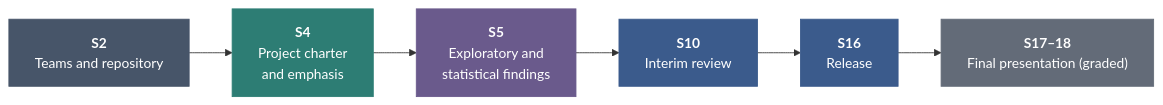
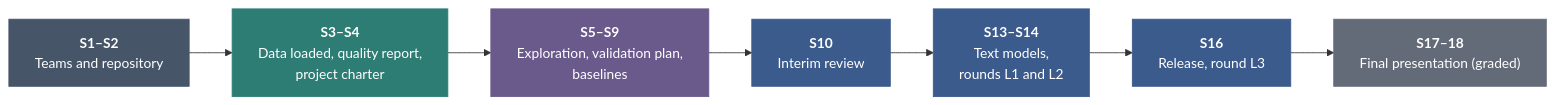
Before and after one commit to khoadaniel/statistical-programming-mpmd-htw-ws-2026: the first of 2 diagrams in proposal/CURRICULUM.md, drawn with Mermaid. The commit also changed other lines of this file and 25 other files, not shown here.

Commit message:
improve final project design

````diff
--- a/proposal/CURRICULUM.md
+++ b/proposal/CURRICULUM.md
@@ -810,11 +811,11 @@
 ```mermaid
 flowchart LR
-  P1["<b>S2</b><br/>Teams and repository"]:::found --> P2["<b>S4</b><br/>Project charter<br/>and emphasis"]:::data
-  P2 --> P3["<b>S5</b><br/>Exploratory and<br/>statistical findings"]:::ana --> P4["<b>S10</b><br/>Interim review"]:::ml
-  P4 --> P5["<b>S16</b><br/>Release"]:::ml --> P6["<b>S17–18</b><br/>Final presentation (graded)"]:::pres
+  P1["<b>S1–S2</b><br/>Teams and repository"]:::found --> P2["<b>S3–S4</b><br/>Data loaded, quality report,<br/>project charter"]:::data
+  P2 --> P3["<b>S5–S9</b><br/>Exploration, validation plan,<br/>baselines"]:::ana --> P4["<b>S10</b><br/>Interim review"]:::ml
+  P4 --> P5["<b>S13–S14</b><br/>Text models,<br/>rounds L1 and L2"]:::ml --> P6["<b>S16</b><br/>Release, round L3"]:::ml --> P7["<b>S17–18</b><br/>Final presentation (graded)"]:::pres
   classDef found fill:#475569,stroke:#475569,color:#ffffff
   classDef data fill:#2d7d74,stroke:#2d7d74,color:#ffffff
   classDef ana fill:#6a5a8c,stroke:#6a5a8c,color:#ffffff
   classDef ml fill:#3b5b8c,stroke:#3b5b8c,color:#ffffff
   classDef pres fill:#636b78,stroke:#636b78,color:#ffffff
 ```
````
